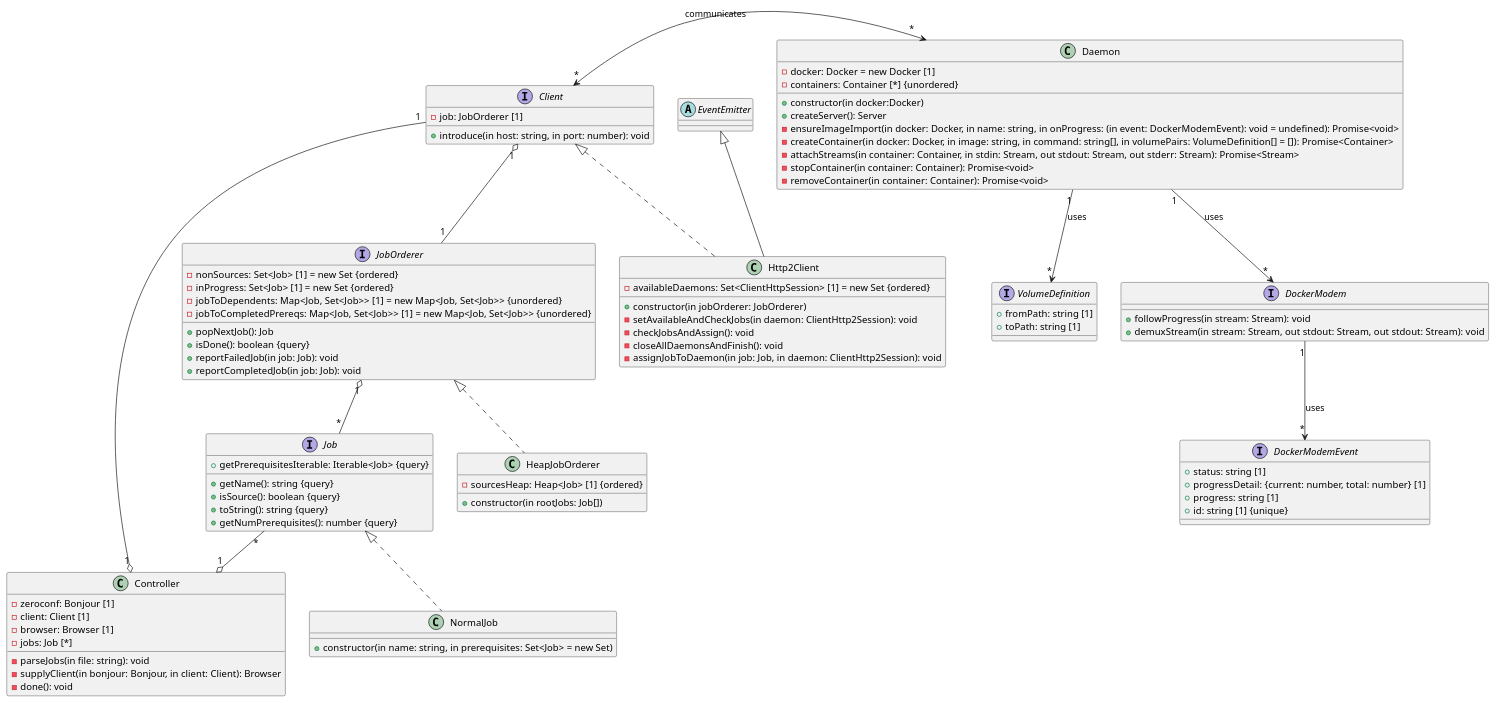
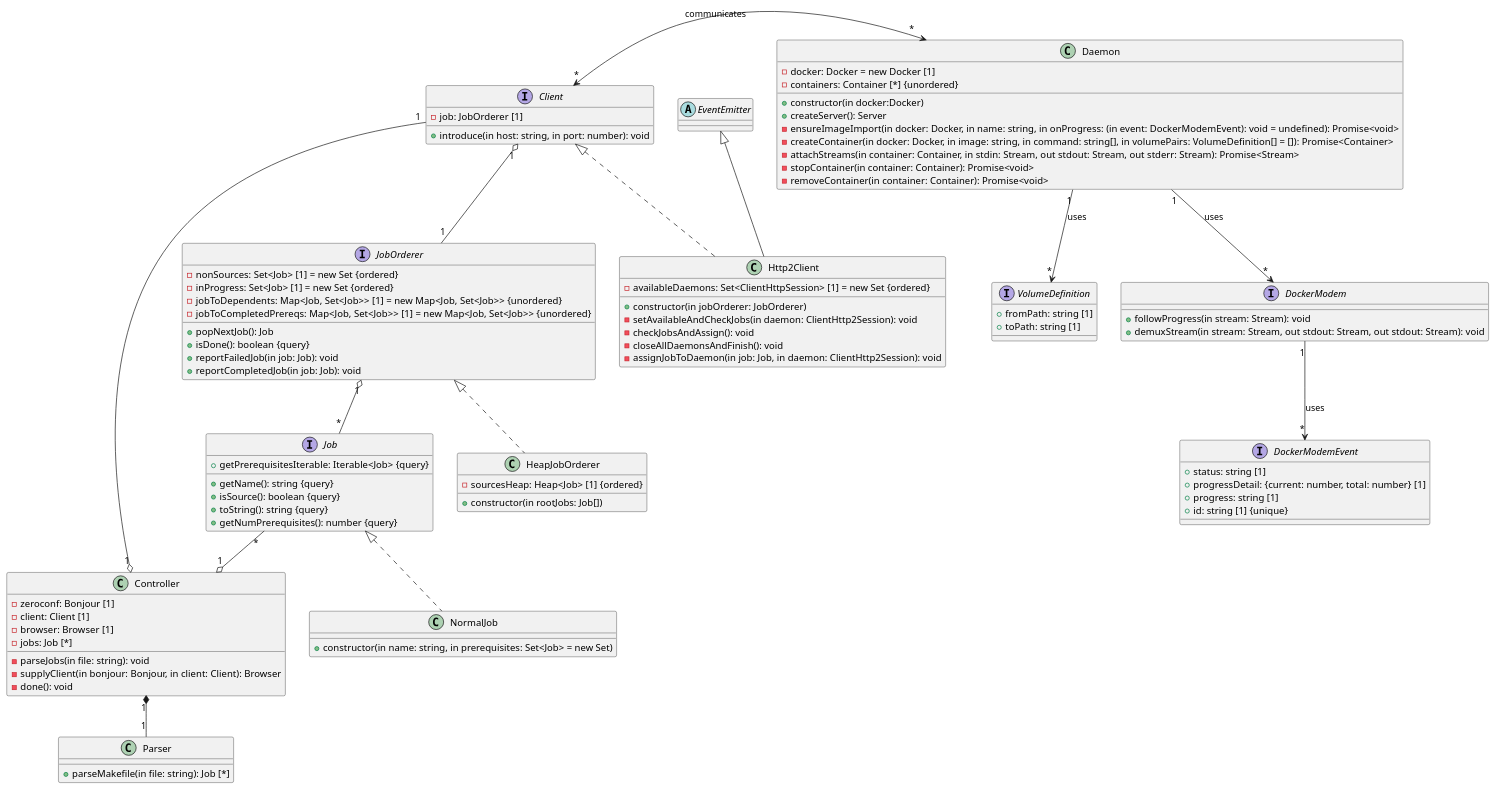
One commit to cs130-w21/1 changed the diagram in Class/class.plantuml. Above: the diagram before and after it, drawn with PlantUML.

Commit message:
Add Parser static class to UML Class diagram.

```diff
--- a/Class/class.plantuml
+++ b/Class/class.plantuml
@@ -1,93 +1,99 @@
 @startuml
 class Controller{
 - zeroconf: Bonjour [1]
 - client: Client [1]
 - browser: Browser [1]
 - jobs: Job [*]
 - parseJobs(in file: string): void
 -supplyClient(in bonjour: Bonjour, in client: Client): Browser
 -done(): void
 }
+
+class Parser{
++ parseMakefile(in file: string): Job [*]
+}
+
+Controller "1" *-- "1" Parser
 
 interface Job{
 +getName(): string {query}
 +getPrerequisitesIterable: Iterable<Job> {query}
 +isSource(): boolean {query}
 +toString(): string {query}
 +getNumPrerequisites(): number {query}
 }
 
 Job "*" --o "1" Controller
 
 class NormalJob implements Job{
 +constructor(in name: string, in prerequisites: Set<Job> = new Set)
 }
 
 interface JobOrderer{
 - nonSources: Set<Job> [1] = new Set {ordered}
 - inProgress: Set<Job> [1] = new Set {ordered}
 - jobToDependents: Map<Job, Set<Job>> [1] = new Map<Job, Set<Job>> {unordered}
 - jobToCompletedPrereqs: Map<Job, Set<Job>> [1] = new Map<Job, Set<Job>> {unordered}
 +popNextJob(): Job
 +isDone(): boolean {query}
 +reportFailedJob(in job: Job): void
 +reportCompletedJob(in job: Job): void
 }
 
 class HeapJobOrderer implements JobOrderer{
 - sourcesHeap: Heap<Job> [1] {ordered}
 + constructor(in rootJobs: Job[])
 }
 
 JobOrderer "1" o-- "*" Job
 Client "1" --o "1" Controller
 
 interface Client{
 -job: JobOrderer [1]
 +introduce(in host: string, in port: number): void
 }
 
 abstract class EventEmitter
 class Http2Client extends EventEmitter implements Client {
 -availableDaemons: Set<ClientHttpSession> [1] = new Set {ordered}
 +constructor(in jobOrderer: JobOrderer)
 -setAvailableAndCheckJobs(in daemon: ClientHttp2Session): void
 -checkJobsAndAssign(): void
 -closeAllDaemonsAndFinish(): void
 -assignJobToDaemon(in job: Job, in daemon: ClientHttp2Session): void
 }
 
 Client "1" o-- "1" JobOrderer
 
 interface DockerModemEvent{
 +status: string [1]
 +progressDetail: {current: number, total: number} [1]
 +progress: string [1]
 +id: string [1] {unique}
 }
 interface DockerModem{
 +followProgress(in stream: Stream): void
 +demuxStream(in stream: Stream, out stdout: Stream, out stdout: Stream): void
 }
 DockerModem "1" --> "*" DockerModemEvent : uses
 interface VolumeDefinition{
 +fromPath: string [1]
 +toPath: string [1]
 }
 
 class Daemon{
 -docker: Docker = new Docker [1]
 -containers: Container [*] {unordered}
 +constructor(in docker:Docker)
 +createServer(): Server
 -ensureImageImport(in docker: Docker, in name: string, in onProgress: (in event: DockerModemEvent): void = undefined): Promise<void>
 -createContainer(in docker: Docker, in image: string, in command: string[], in volumePairs: VolumeDefinition[] = []): Promise<Container>
 -attachStreams(in container: Container, in stdin: Stream, out stdout: Stream, out stderr: Stream): Promise<Stream>
 -stopContainer(in container: Container): Promise<void>
 -removeContainer(in container: Container): Promise<void>
 }
 Daemon "1" --> "*" VolumeDefinition : uses
 Daemon "1" --> "*" DockerModem : uses
 
 Client "*" <-> "*" Daemon : communicates
 @enduml
```
